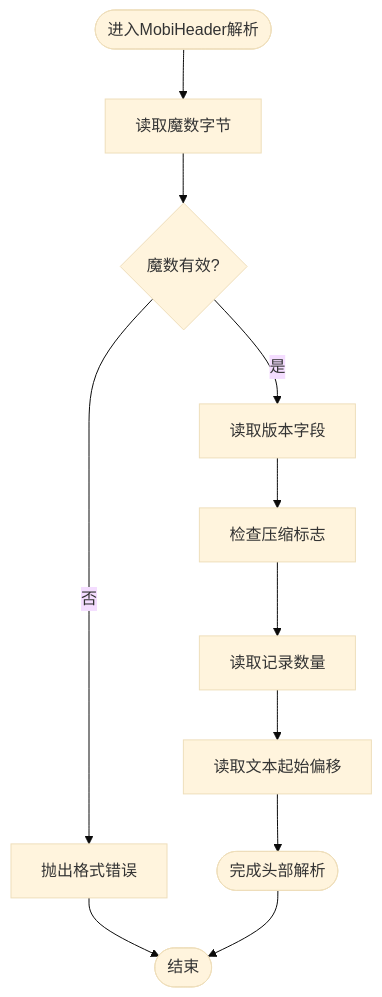
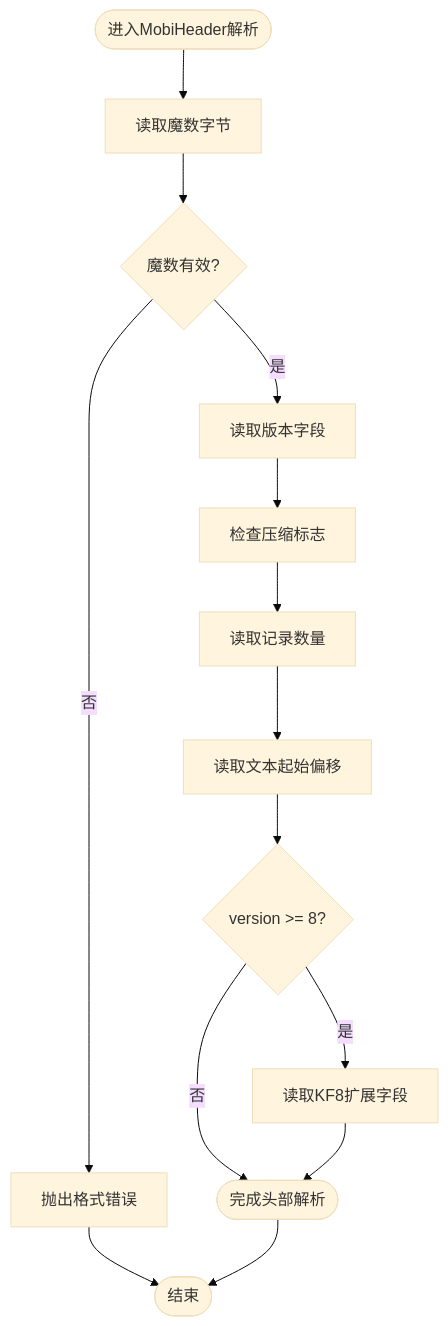
One commit to ZhangGHGitHub/LegadoTeamFlutter changed the third of 13 diagrams in .qoder/repowiki/zh/content/架构设计/分层架构设计/业务逻辑层/书籍处理引擎/MOBI格式处理.md. Above: the diagram before and after it, drawn with Mermaid (base theme). The commit also changed other lines of this file and 173 other files, not shown here.

````diff
--- a/.qoder/repowiki/zh/content/架构设计/分层架构设计/业务逻辑层/书籍处理引擎/MOBI格式处理.md
+++ b/.qoder/repowiki/zh/content/架构设计/分层架构设计/业务逻辑层/书籍处理引擎/MOBI格式处理.md
@@ -104,13 +131,16 @@
 ```mermaid
 flowchart TD
 Start(["进入MobiHeader解析"]) --> ReadMagic["读取魔数字节"]
 ReadMagic --> MagicOK{"魔数有效?"}
 MagicOK --> |否| Err["抛出格式错误"]
 MagicOK --> |是| ReadVersion["读取版本字段"]
 ReadVersion --> CheckCompression["检查压缩标志"]
 CheckCompression --> ReadRecordCount["读取记录数量"]
 ReadRecordCount --> ReadTextOffset["读取文本起始偏移"]
-ReadTextOffset --> Done(["完成头部解析"])
+ReadTextOffset --> CheckKF8{"version >= 8?"}
+CheckKF8 --> |是| ReadKF8Fields["读取KF8扩展字段"]
+CheckKF8 --> |否| Done(["完成头部解析"])
+ReadKF8Fields --> Done
 Err --> End(["结束"])
 Done --> End
 ```
````
